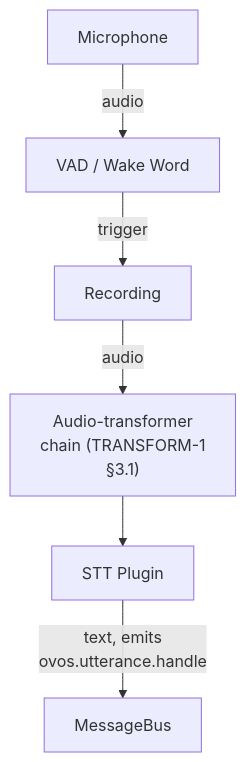
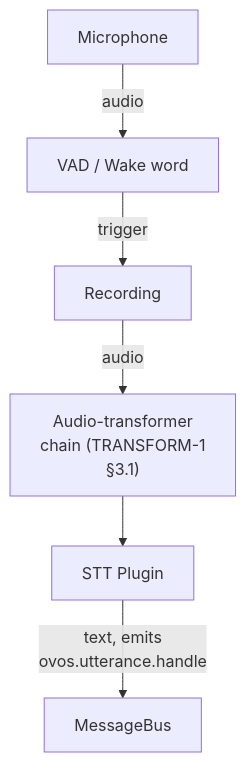
One commit to OpenVoiceOS/beta-technical-manual changed the diagram in docs/speech-service.md. Above: the diagram before and after it, drawn with Mermaid. The commit also changed other lines of this file and 43 other files, not shown here.

````diff
--- a/docs/speech-service.md
+++ b/docs/speech-service.md
@@ -50,8 +50,8 @@
 ```mermaid
 flowchart TD
-    Mic[Microphone] -->|audio| VADWW[VAD / Wake Word]
+    Mic[Microphone] -->|audio| VADWW[VAD / Wake word]
     VADWW -->|trigger| Rec[Recording]
     Rec -->|audio| XForm["Audio-transformer<br/>chain (TRANSFORM-1<br/>§3.1)"]
     XForm --> STT[STT Plugin]
     STT -->|"text, emits<br/>ovos.utterance.handle"| Bus[MessageBus]
 ```
````
